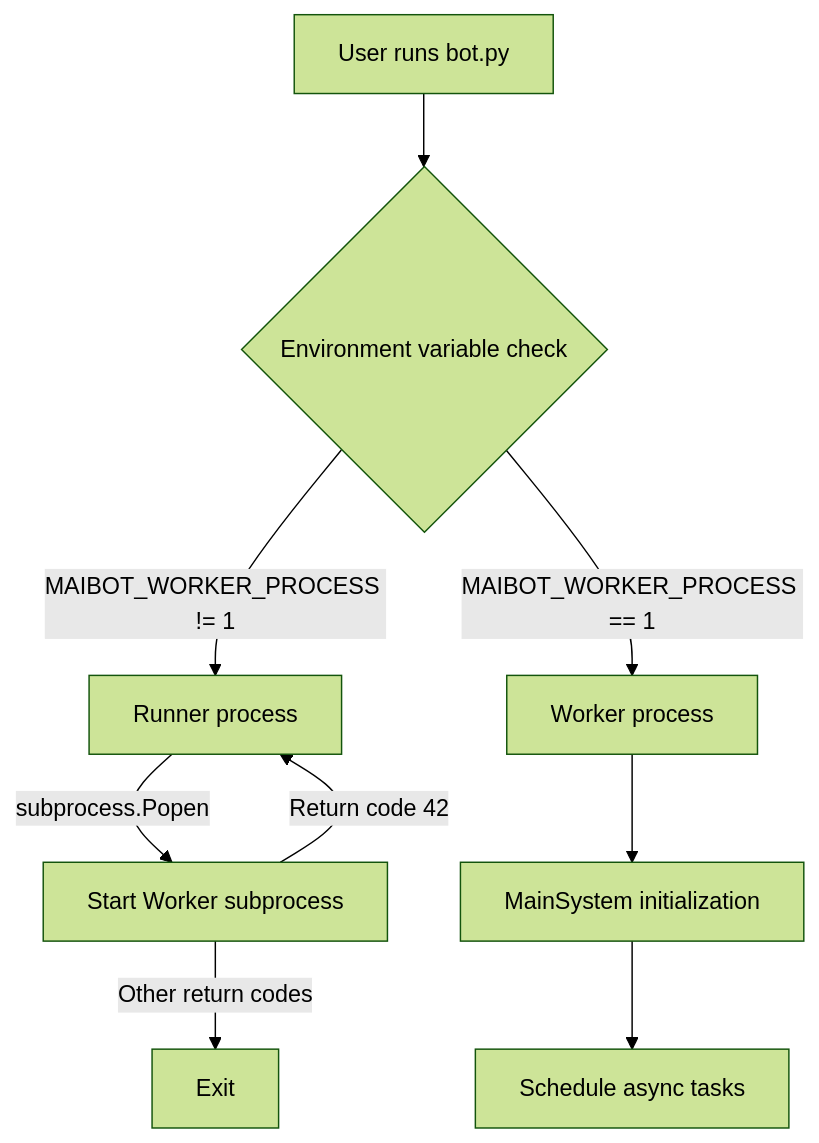
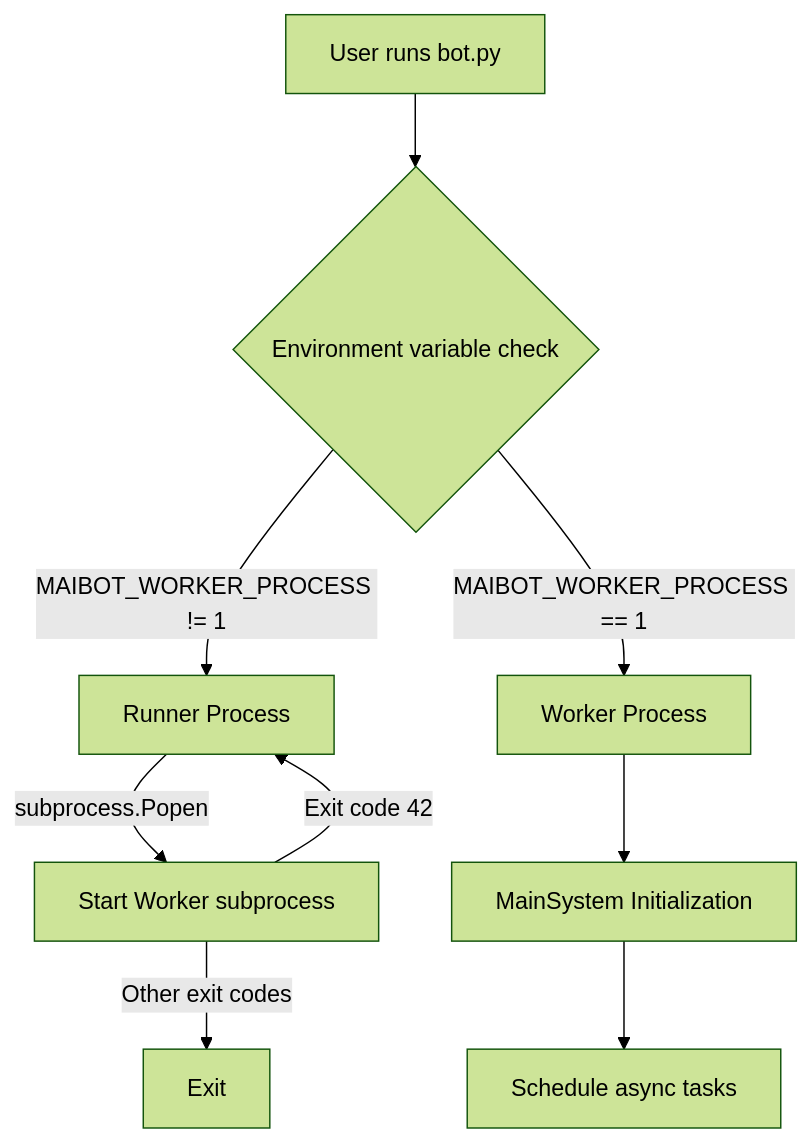
One commit to DrSmoothl/docs changed the first of 2 diagrams in en/develop/architecture.md. Above: the diagram before and after it, drawn with Mermaid (forest theme). The commit also changed other lines of this file and 74 other files, not shown here.

````diff
--- a/en/develop/architecture.md
+++ b/en/develop/architecture.md
@@ -13,11 +23,11 @@
 ```mermaid
 graph TD
     A[User runs bot.py] --> B{Environment variable check}
-    B -->|MAIBOT_WORKER_PROCESS != 1| C[Runner process]
-    B -->|MAIBOT_WORKER_PROCESS == 1| D[Worker process]
+    B -->|MAIBOT_WORKER_PROCESS != 1| C[Runner Process]
+    B -->|MAIBOT_WORKER_PROCESS == 1| D[Worker Process]
     C -->|subprocess.Popen| E[Start Worker subprocess]
-    E -->|Return code 42| C
-    E -->|Other return codes| F[Exit]
-    D --> G[MainSystem initialization]
+    E -->|Exit code 42| C
+    E -->|Other exit codes| F[Exit]
+    D --> G[MainSystem Initialization]
     G --> H[Schedule async tasks]
 ```
````
